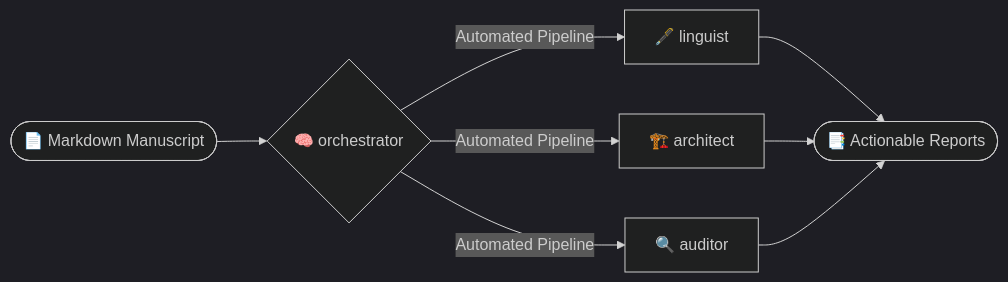
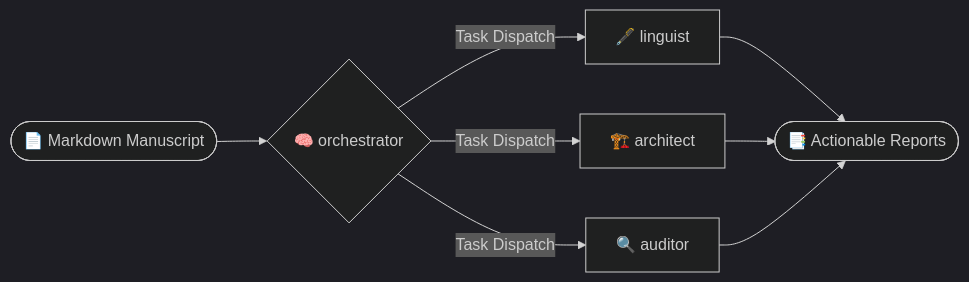
Before and after one commit to Jidi1997/academic-auto-reviewer: the diagram in README.md, drawn with Mermaid (dark theme). The commit also changed other lines of this file and 1 other file, not shown here.

Commit message:
Docs: Update Mermaid labels and add competitive analysis section

````diff
--- a/README.md
+++ b/README.md
@@ -43,8 +43,8 @@
 ```mermaid
 graph LR
     Input(["📄 Markdown Manuscript"]) --> orchestrator{"🧠 orchestrator"}
-    orchestrator -->|"Automated Pipeline"| linguist["🖋️ linguist"]
-    orchestrator -->|"Automated Pipeline"| architect["🏗️ architect"]
-    orchestrator -->|"Automated Pipeline"| auditor["🔍 auditor"]
+    orchestrator -->|"Task Dispatch"| linguist["🖋️ linguist"]
+    orchestrator -->|"Task Dispatch"| architect["🏗️ architect"]
+    orchestrator -->|"Task Dispatch"| auditor["🔍 auditor"]
     linguist & architect & auditor --> Output(["📑 Actionable Reports"])
 ```
````
